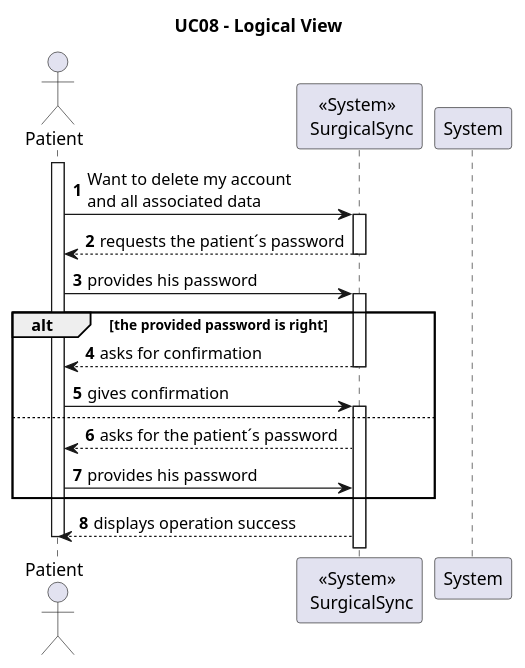
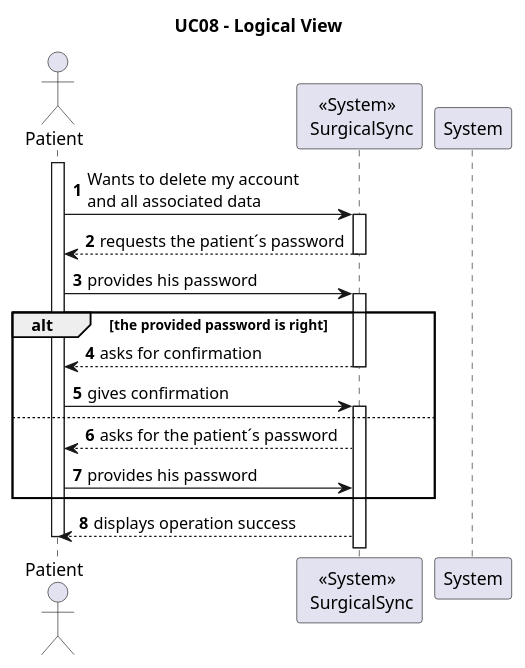
One commit to MiguelCardoso77/SurgicalSync-BackEnd changed the diagram in Wiki/SprintA/diagrams/use-cases/8-delete-my-account-and-all-associated-data/level1/process-view.puml. Above: the diagram before and after it, drawn with PlantUML. The commit also changed 1 other file, not shown here.

Commit message:
Process view diagram fix #5

```diff
--- a/Wiki/SprintA/diagrams/use-cases/8-delete-my-account-and-all-associated-data/level1/process-view.puml
+++ b/Wiki/SprintA/diagrams/use-cases/8-delete-my-account-and-all-associated-data/level1/process-view.puml
@@ -1,51 +1,51 @@
 @startuml
 autonumber
 
 Title "UC08 - Logical View"
 
 actor "Patient" as P
 participant "<<System>> \n SurgicalSync" as SYSTEM
 
 activate P
 
-P -> SYSTEM: Want to delete my account \nand all associated data
+P -> SYSTEM: Wants to delete my account \nand all associated data
     
     activate SYSTEM
     
     SYSTEM --> P: requests the patient´s password
     
     deactivate SYSTEM
   
 P -> SYSTEM: provides his password
 
     alt the provided password is right
     
     activate SYSTEM
     
     SYSTEM --> P: asks for confirmation
     
     deactivate SYSTEM
     
     P -> SYSTEM: gives confirmation
     
     activate SYSTEM
     
     else
     
     SYSTEM --> P: asks for the patient´s password
     
     deactivate System
     
     P -> SYSTEM: provides his password
         
     end 
     
     activate System
     
     SYSTEM --> P : displays operation success
     
     deactivate System  
 
 deactivate P
 
 @enduml
```
